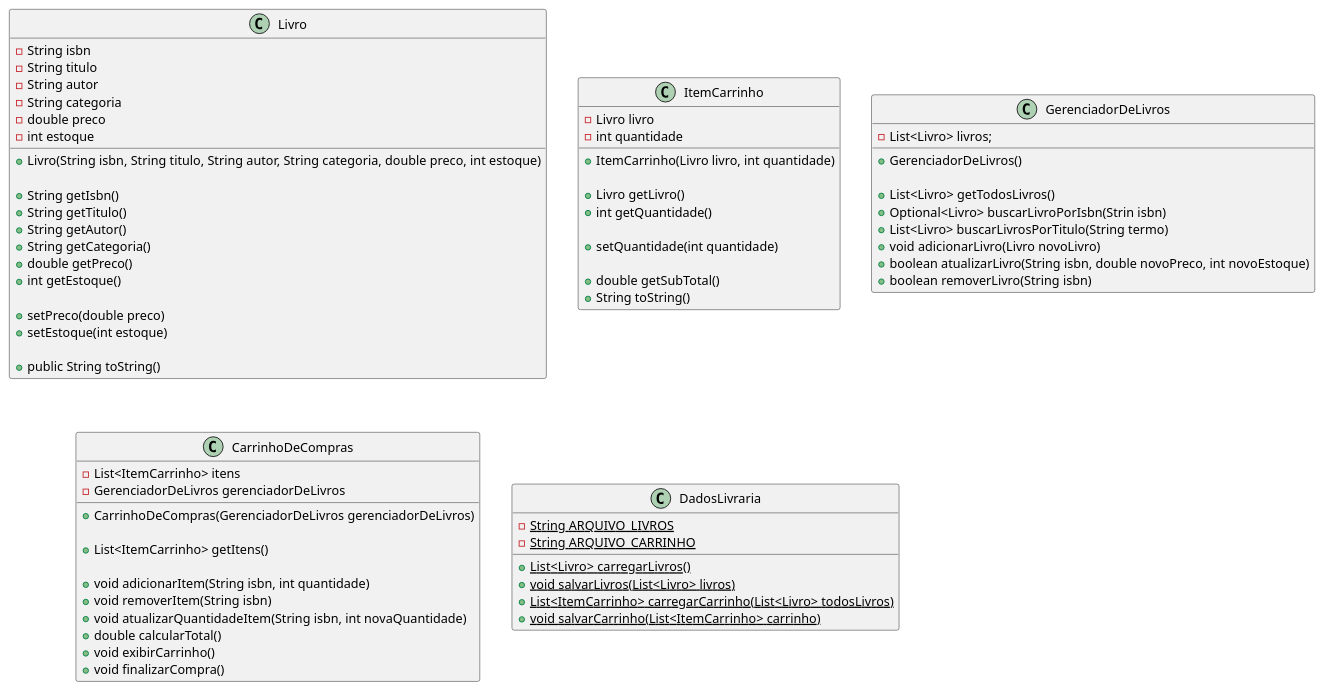
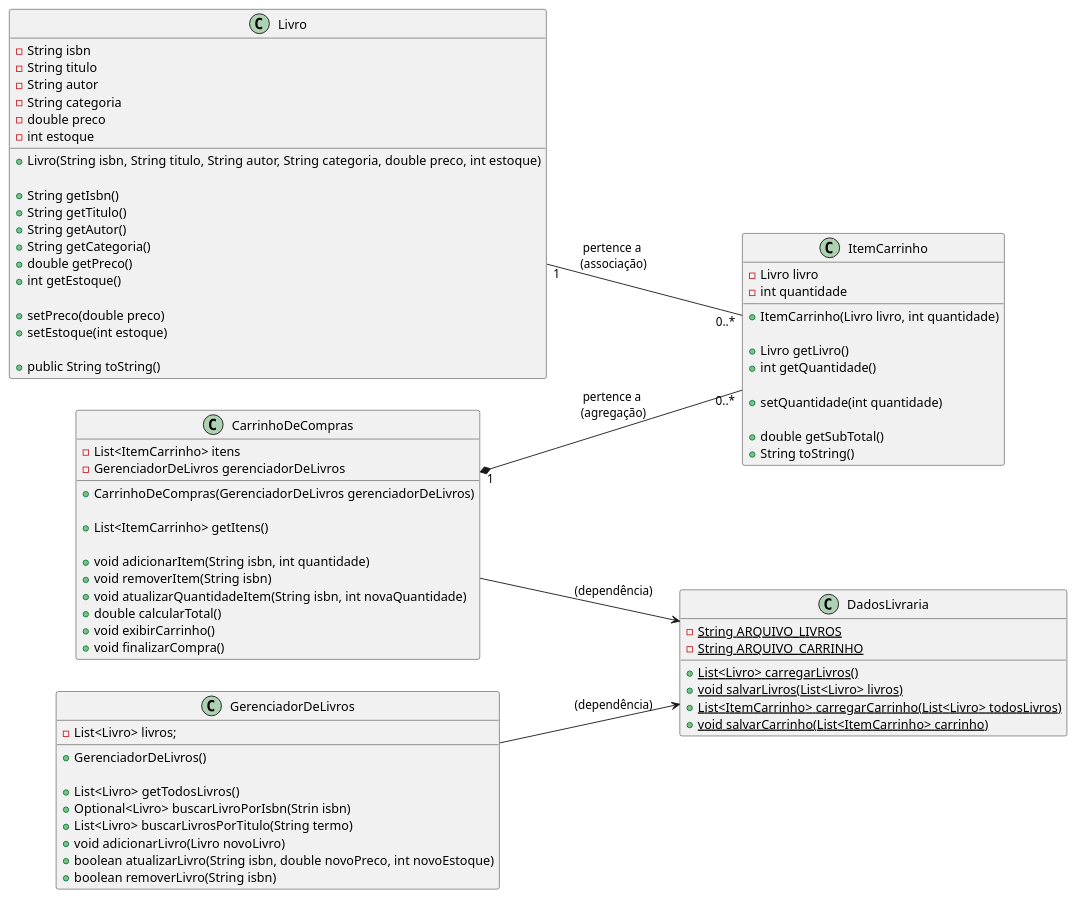
The diagram in diagrams/classes.plantuml (GamaRafa/Livraria), drawn with PlantUML before and after one commit. The commit also changed 2 other files, not shown here.

Commit message:
finished class diagram, started use case diagram

```diff
--- a/diagrams/classes.plantuml
+++ b/diagrams/classes.plantuml
@@ -1,80 +1,91 @@
 @startuml classes
+left to right direction
 class Livro {
   - String isbn
   - String titulo
   - String autor
   - String categoria
   - double preco
   - int estoque
   
   + Livro(String isbn, String titulo, String autor, String categoria, double preco, int estoque)
   
   + String getIsbn()
   + String getTitulo()
   + String getAutor()
   + String getCategoria()
   + double getPreco()
   + int getEstoque()
 
   + setPreco(double preco)
   + setEstoque(int estoque)
 
   + public String toString()
 }
 
 class ItemCarrinho {
   - Livro livro
   - int quantidade
   
   + ItemCarrinho(Livro livro, int quantidade)
   
   + Livro getLivro()
   + int getQuantidade()
 
   + setQuantidade(int quantidade)
   
   + double getSubTotal()
   + String toString()
 }
 
 class GerenciadorDeLivros {
   - List<Livro> livros;
 
   + GerenciadorDeLivros()
   'this.livros = DadosLivraria.carregarLivros(); representar no relacionamento
   
   + List<Livro> getTodosLivros()
   + Optional<Livro> buscarLivroPorIsbn(Strin isbn)
   + List<Livro> buscarLivrosPorTitulo(String termo)
   + void adicionarLivro(Livro novoLivro)
   + boolean atualizarLivro(String isbn, double novoPreco, int novoEstoque)
   + boolean removerLivro(String isbn)
 }
 
 class CarrinhoDeCompras {
   - List<ItemCarrinho> itens
   - GerenciadorDeLivros gerenciadorDeLivros
 
   + CarrinhoDeCompras(GerenciadorDeLivros gerenciadorDeLivros)
   'this.itens = DadosLivraria.carregarCarrinho(gerenciadorDeLivros.getTodosLivros()); representar no relacionamento
 
   + List<ItemCarrinho> getItens()
   
   + void adicionarItem(String isbn, int quantidade)
   + void removerItem(String isbn)
   + void atualizarQuantidadeItem(String isbn, int novaQuantidade)
   + double calcularTotal()
   + void exibirCarrinho()
   + void finalizarCompra()
 }
 
 class DadosLivraria {
   - {static} String ARQUIVO_LIVROS
   - {static} String ARQUIVO_CARRINHO
 
   + {static} List<Livro> carregarLivros()
   + {static} void salvarLivros(List<Livro> livros)
   + {static} List<ItemCarrinho> carregarCarrinho(List<Livro> todosLivros)
   + {static} void salvarCarrinho(List<ItemCarrinho> carrinho)
 }
+
+'1 Livro existe independente de pertencer a um ItemCarrinho, e pode pertencer a vários (ou nenhum) ItemCarrinho
+Livro "1" -- "0..*" ItemCarrinho : pertence a \n(associação)
+'1 CarrinhoDeCompras pode possuir nenhum ou vários ItemCarrinho, que só podem pertencer a um CarrinhoDeCompras,
+'pois cada item tem o seu Livro e sua quantidade, não fazendo sentido que um ItemCarrinho se repita
+CarrinhoDeCompras "1" *-- "0..*" ItemCarrinho : pertence a \n(agregação)
+'DadosLivraria é uma dependência do construtor de GerenciadorLivros
+GerenciadorDeLivros --> DadosLivraria : (dependência)
+'DadosLivraria é uma dependência do construtor de CarrinhoDeCompras
+CarrinhoDeCompras --> DadosLivraria : (dependência)
 @enduml
```
